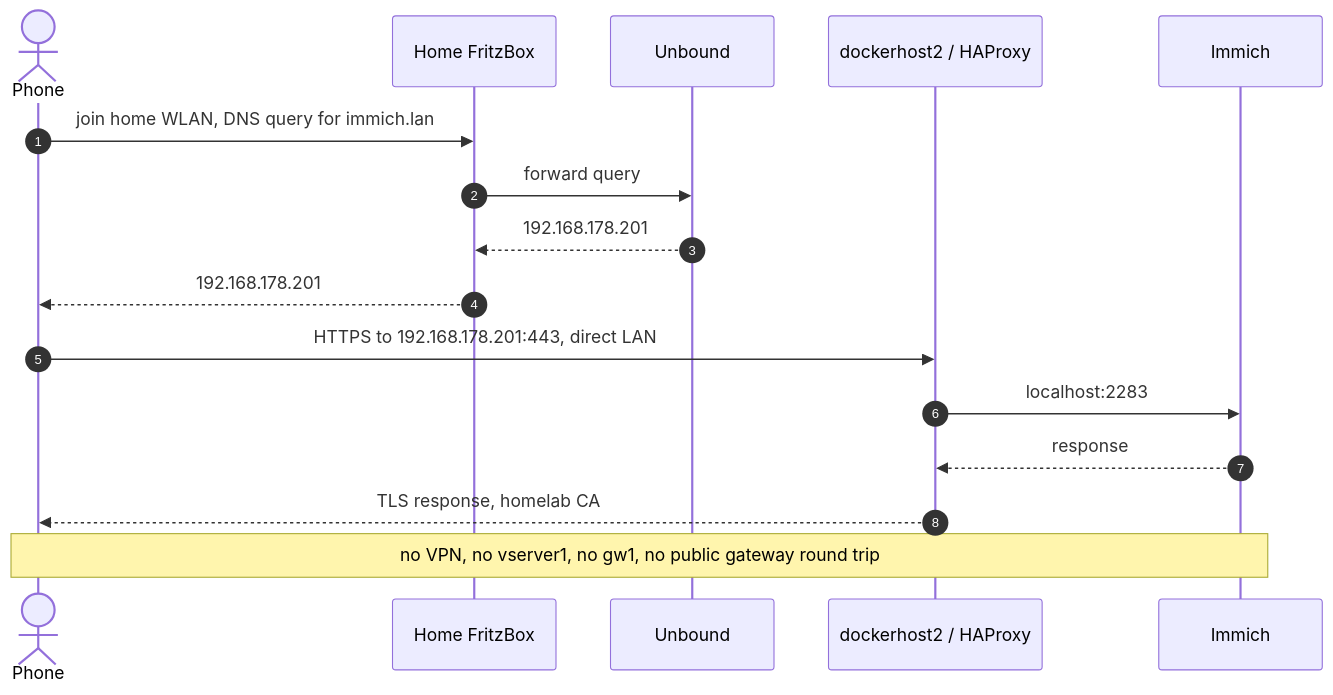
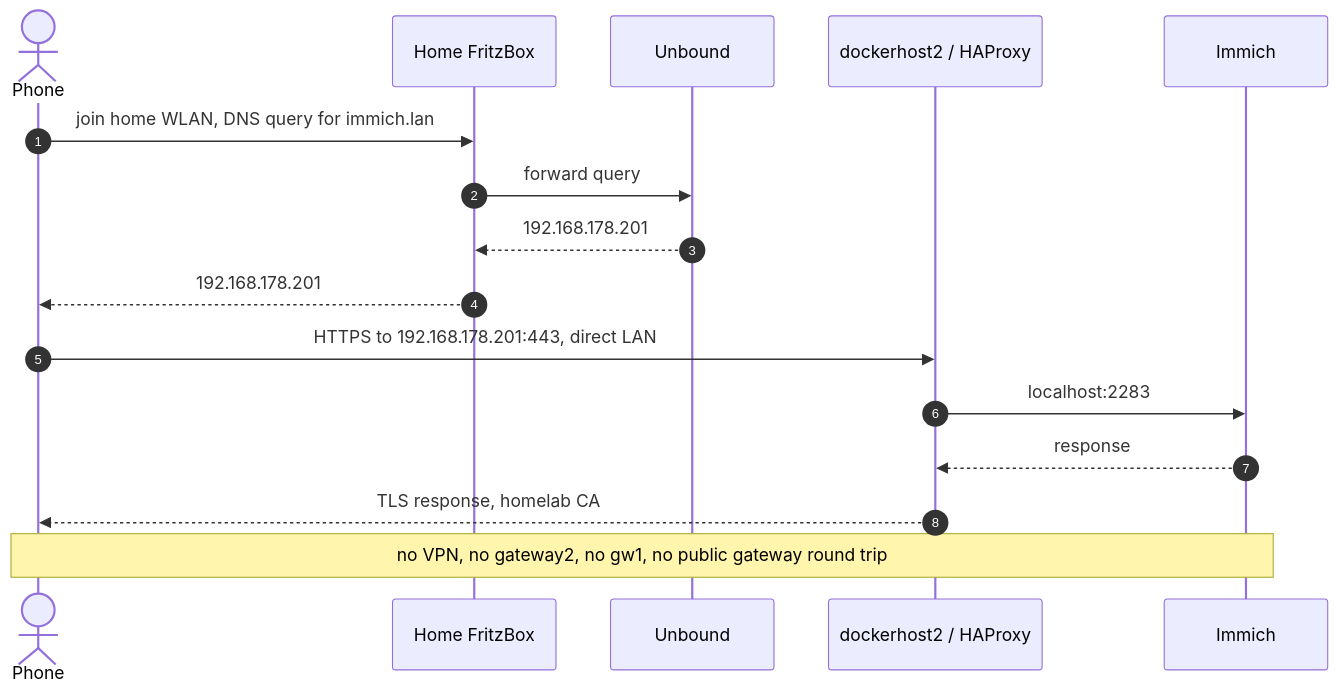
Before and after one commit to rocketpie/homelab: the third of 5 diagrams in context/guides/network/design.md, drawn with Mermaid. The commit also changed other lines of this file and 15 other files, not shown here.

````diff
--- a/context/guides/network/design.md
+++ b/context/guides/network/design.md
@@ -143,19 +143,19 @@
 ```mermaid
 sequenceDiagram
     autonumber
     actor Phone
     participant FB as Home FritzBox
     participant DNS as Unbound
     participant DH as dockerhost2 / HAProxy
     participant App as Immich
 
     Phone->>FB: join home WLAN, DNS query for immich.lan
     FB->>DNS: forward query
     DNS-->>FB: 192.168.178.201
     FB-->>Phone: 192.168.178.201
     Phone->>DH: HTTPS to 192.168.178.201:443, direct LAN
     DH->>App: localhost:2283
     App-->>DH: response
     DH-->>Phone: TLS response, homelab CA
-    Note over Phone,App: no VPN, no vserver1, no gw1, no public gateway round trip
+    Note over Phone,App: no VPN, no gateway2, no gw1, no public gateway round trip
 ```
````
